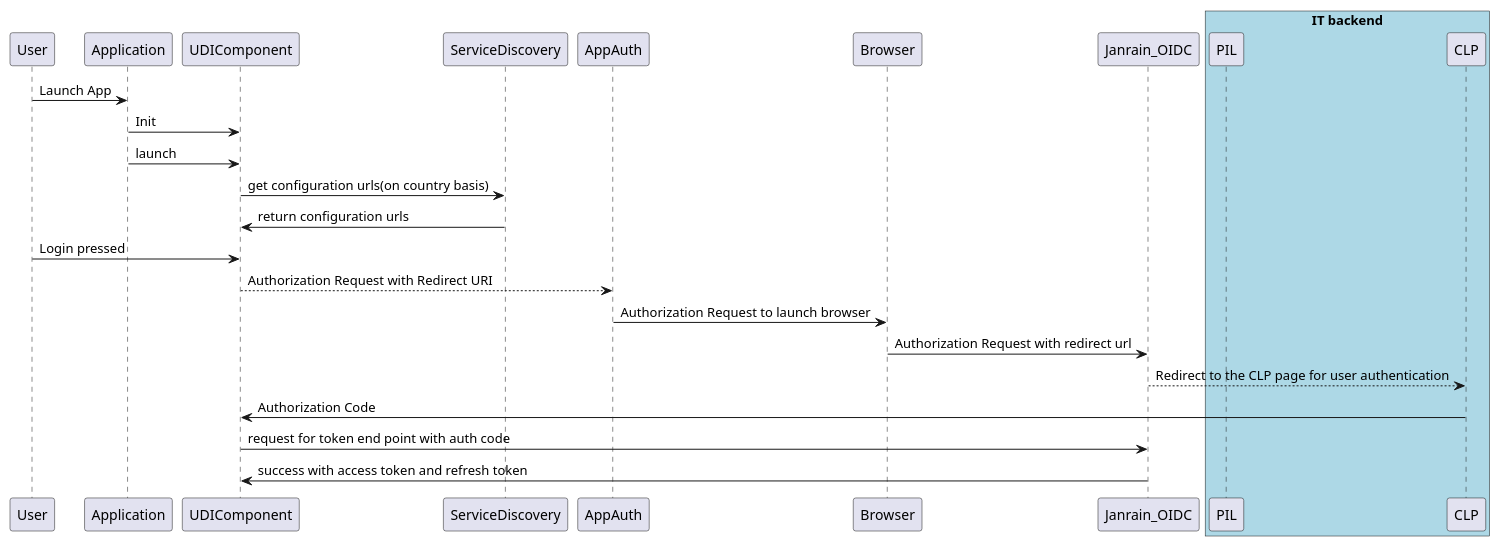
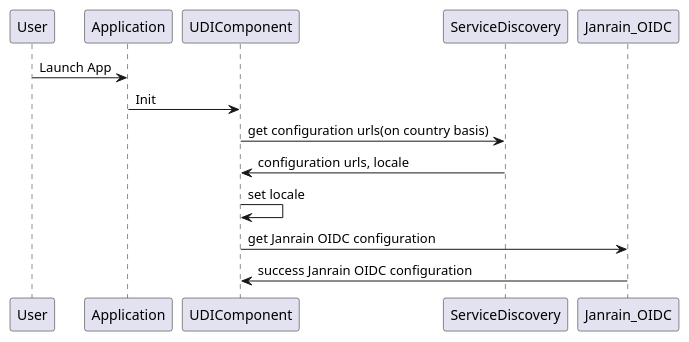
The diagram in Source/usr/Source/DemoApp/app/src/main/java/com/philips/uiddemo/UDI_Initilization.puml (rahul2008/mobile-plf-android), drawn with PlantUML before and after one commit. The commit also changed 1 other file, not shown here.

Commit message:
Added UDI init and login separate diagram

```diff
--- a/Source/usr/Source/DemoApp/app/src/main/java/com/philips/uiddemo/UDI_Initilization.puml
+++ b/Source/usr/Source/DemoApp/app/src/main/java/com/philips/uiddemo/UDI_Initilization.puml
@@ -1,41 +1,12 @@
 @startuml
 User -> Application : Launch App
 Application -> UDIComponent: Init
-Application -> UDIComponent: launch
-
 
 UDIComponent -> ServiceDiscovery: get configuration urls(on country basis)
-ServiceDiscovery ->UDIComponent : return configuration urls
+ServiceDiscovery ->UDIComponent : configuration urls, locale
 
-User -> UDIComponent : Login pressed
-UDIComponent --> AppAuth:Authorization Request with Redirect URI
+UDIComponent ->UDIComponent : set locale
 
-AppAuth  -> Browser : Authorization Request to launch browser
-
-Browser -> Janrain_OIDC: Authorization Request with redirect url
-
-CLP <-- Janrain_OIDC : Redirect to the CLP page for user authentication
-
-'User input to CLP and CLP validate the credential with Janrain. If yes, Janrain will give
-
-
-
-
-CLP ->UDIComponent :Authorization Code
-
-UDIComponent ->Janrain_OIDC:request for token end point with auth code
-Janrain_OIDC -> UDIComponent: success with access token and refresh token
-
-
-box "IT backend" #LightBlue
-participant PIL
-participant CLP
-end box
-
-'
-'box "Janrain_OIDC" #LightBlue
-'participant AuthorizationServer
-'participant JanrainEndpoint
-'end box
-
+UDIComponent -> Janrain_OIDC: get Janrain OIDC configuration
+Janrain_OIDC ->UDIComponent : success Janrain OIDC configuration
 @enduml
```
